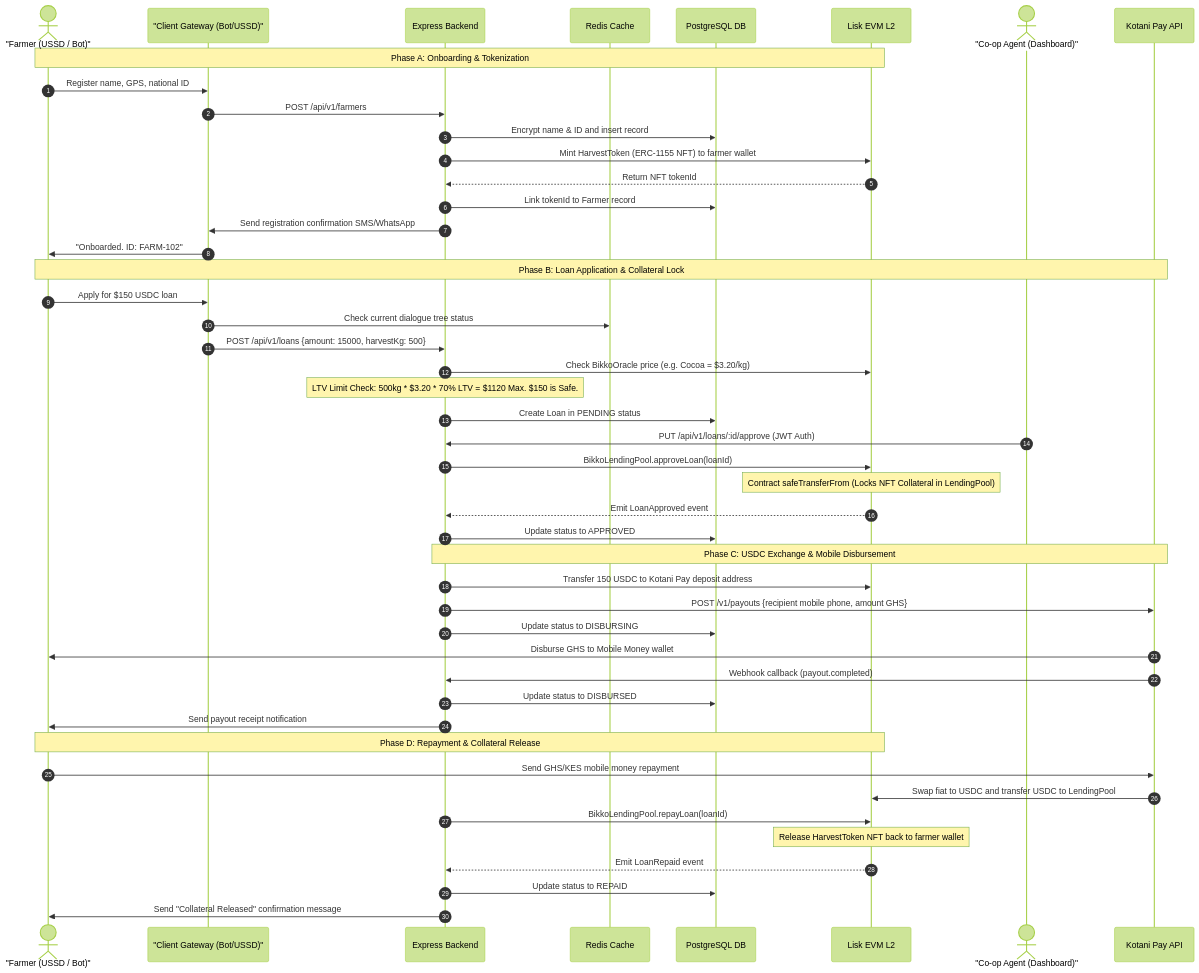
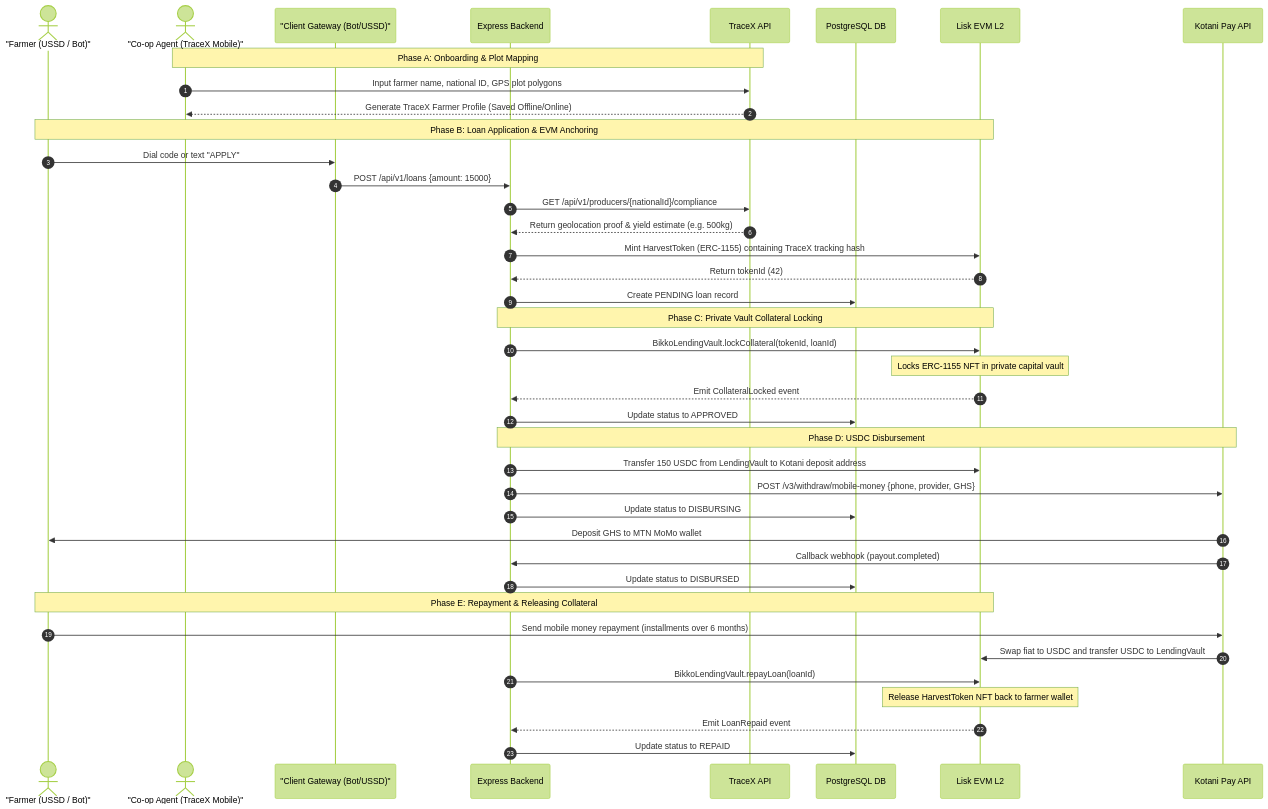
One commit to BikkoFarms/bikkofarms-platform changed the third of 7 diagrams in system_architecture.md. Above: the diagram before and after it, drawn with Mermaid (forest theme). The commit also changed other lines of this file and 16 other files, not shown here.

````diff
--- a/system_architecture.md
+++ b/system_architecture.md
@@ -129,53 +139,47 @@
 ```mermaid
 sequenceDiagram
     autonumber
     actor Farmer as "Farmer (USSD / Bot)"
+    actor Agent as "Co-op Agent (TraceX Mobile)"
     participant Client as "Client Gateway (Bot/USSD)"
     participant Backend as Express Backend
-    participant Redis as Redis Cache
+    participant TraceX as TraceX API
     participant DB as PostgreSQL DB
     participant Chain as Lisk EVM L2
-    actor Agent as "Co-op Agent (Dashboard)"
     participant Kotani as Kotani Pay API
 
-    Note over Farmer, Chain: Phase A: Onboarding & Tokenization
-    Farmer->>Client: Register name, GPS, national ID
-    Client->>Backend: POST /api/v1/farmers
-    Backend->>DB: Encrypt name & ID and insert record
-    Backend->>Chain: Mint HarvestToken (ERC-1155 NFT) to farmer wallet
-    Chain-->>Backend: Return NFT tokenId
-    Backend->>DB: Link tokenId to Farmer record
-    Backend->>Client: Send registration confirmation SMS/WhatsApp
-    Client->>Farmer: "Onboarded. ID: FARM-102"
-
-    Note over Farmer, Kotani: Phase B: Loan Application & Collateral Lock
-    Farmer->>Client: Apply for $150 USDC loan
-    Client->>Redis: Check current dialogue tree status
-    Client->>Backend: POST /api/v1/loans {amount: 15000, harvestKg: 500}
-    Backend->>Chain: Check BikkoOracle price (e.g. Cocoa = $3.20/kg)
-    Note over Backend: LTV Limit Check: 500kg * $3.20 * 70% LTV = $1120 Max. $150 is Safe.
-    Backend->>DB: Create Loan in PENDING status
-    Agent->>Backend: PUT /api/v1/loans/:id/approve (JWT Auth)
-    Backend->>Chain: BikkoLendingPool.approveLoan(loanId)
-    Note over Chain: Contract safeTransferFrom (Locks NFT Collateral in LendingPool)
-    Chain-->>Backend: Emit LoanApproved event
+    Note over Agent, TraceX: Phase A: Onboarding & Plot Mapping
+    Agent->>TraceX: Input farmer name, national ID, GPS plot polygons
+    TraceX-->>Agent: Generate TraceX Farmer Profile (Saved Offline/Online)
+    
+    Note over Farmer, Chain: Phase B: Loan Application & EVM Anchoring
+    Farmer->>Client: Dial code or text "APPLY"
+    Client->>Backend: POST /api/v1/loans {amount: 15000}
+    Backend->>TraceX: GET /api/v1/producers/{nationalId}/compliance
+    TraceX-->>Backend: Return geolocation proof & yield estimate (e.g. 500kg)
+    Backend->>Chain: Mint HarvestToken (ERC-1155) containing TraceX tracking hash
+    Chain-->>Backend: Return tokenId (42)
+    Backend->>DB: Create PENDING loan record
+    
+    Note over Backend, Chain: Phase C: Private Vault Collateral Locking
+    Backend->>Chain: BikkoLendingVault.lockCollateral(tokenId, loanId)
+    Note over Chain: Locks ERC-1155 NFT in private capital vault
+    Chain-->>Backend: Emit CollateralLocked event
     Backend->>DB: Update status to APPROVED
-
-    Note over Backend, Kotani: Phase C: USDC Exchange & Mobile Disbursement
-    Backend->>Chain: Transfer 150 USDC to Kotani Pay deposit address
-    Backend->>Kotani: POST /v1/payouts {recipient mobile phone, amount GHS}
+    
+    Note over Backend, Kotani: Phase D: USDC Disbursement
+    Backend->>Chain: Transfer 150 USDC from LendingVault to Kotani deposit address
+    Backend->>Kotani: POST /v3/withdraw/mobile-money {phone, provider, GHS}
     Backend->>DB: Update status to DISBURSING
-    Kotani->>Farmer: Disburse GHS to Mobile Money wallet
-    Kotani->>Backend: Webhook callback (payout.completed)
+    Kotani->>Farmer: Deposit GHS to MTN MoMo wallet
+    Kotani->>Backend: Callback webhook (payout.completed)
     Backend->>DB: Update status to DISBURSED
-    Backend->>Farmer: Send payout receipt notification
-
-    Note over Farmer, Chain: Phase D: Repayment & Collateral Release
-    Farmer->>Kotani: Send GHS/KES mobile money repayment
-    Kotani->>Chain: Swap fiat to USDC and transfer USDC to LendingPool
-    Backend->>Chain: BikkoLendingPool.repayLoan(loanId)
+    
+    Note over Farmer, Chain: Phase E: Repayment & Releasing Collateral
+    Farmer->>Kotani: Send mobile money repayment (installments over 6 months)
+    Kotani->>Chain: Swap fiat to USDC and transfer USDC to LendingVault
+    Backend->>Chain: BikkoLendingVault.repayLoan(loanId)
     Note over Chain: Release HarvestToken NFT back to farmer wallet
     Chain-->>Backend: Emit LoanRepaid event
     Backend->>DB: Update status to REPAID
-    Backend->>Farmer: Send "Collateral Released" confirmation message
 ```
````
